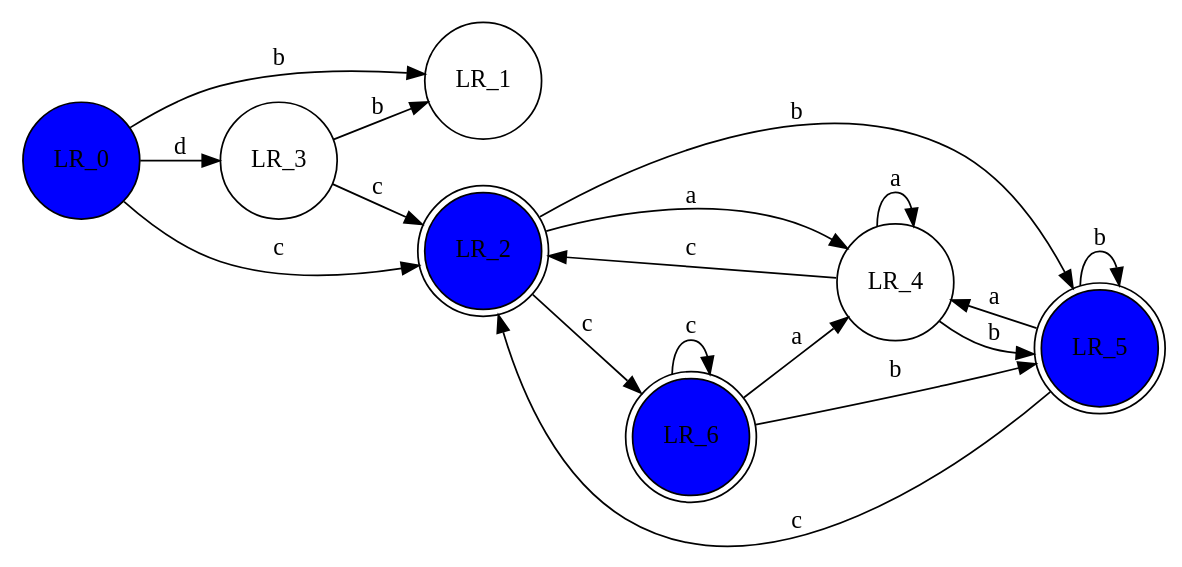
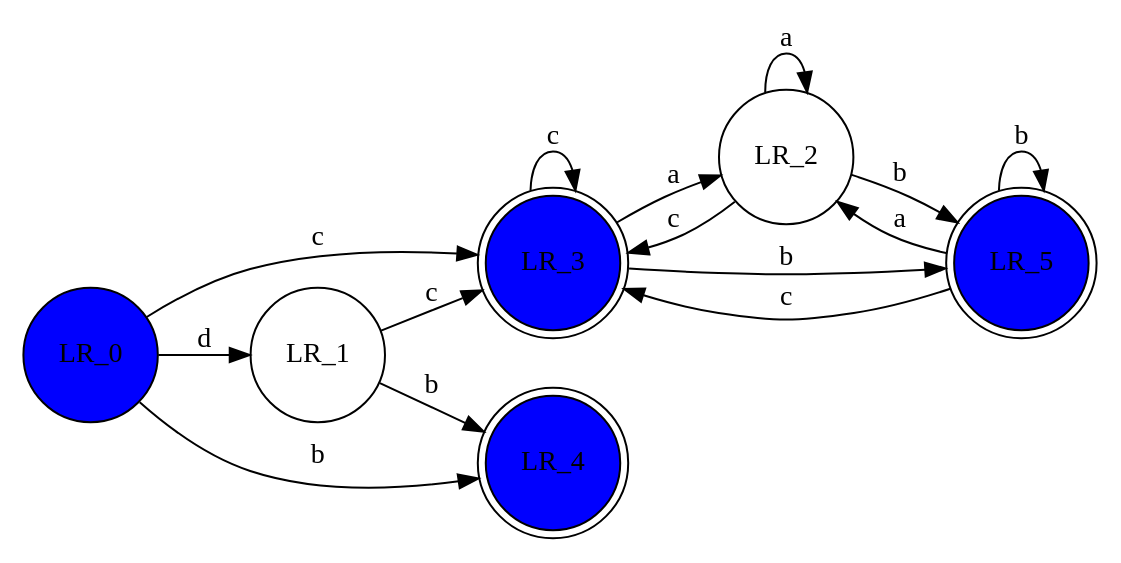
One commit to whtoo/regex changed the first of 2 diagrams in design/0x03自动机理论准备.md. Above: the diagram before and after it, drawn with Graphviz. The commit also changed other lines of this file, not shown here.

Commit message:
1. 更新自动机理论准备最后一篇

````diff
--- a/design/0x03自动机理论准备.md
+++ b/design/0x03自动机理论准备.md
@@ -34,29 +34,26 @@
 ```graphviz
 digraph G {
 rankdir = LR;
 size = "8,5";
 node [shape=circle];
 LR_0 [style=filled,fillcolor = blue]
-LR_0 -> LR_1 [label="b"];
-LR_0 -> LR_2 [label="c"];
-LR_0 -> LR_3 [label="d"];
-LR_2 [shape=doublecircle,style=filled,fillcolor = blue];
-LR_2 -> LR_4 [label="a"];
+LR_0 -> LR_1 [label="d"];
+LR_0 -> LR_3 [label="c"];
+LR_0 -> LR_4 [label="b"];
+LR_1 -> LR_3 [label="c"];
+LR_1 -> LR_4 [label="b"];
+LR_3 [shape=doublecircle,style=filled,fillcolor = blue];
+LR_3 -> LR_3 [label="c"];
+LR_3 -> LR_2 [label="a"];
+LR_3 -> LR_5 [label="b"];
+LR_4 [shape=doublecircle,style=filled,fillcolor = blue];
+LR_2 -> LR_3 [label="c"];
+LR_2 -> LR_2 [label="a"];
 LR_2 -> LR_5 [label="b"];
-LR_2 -> LR_6 [label="c"];
-LR_3 -> LR_1 [label="b"];
-LR_3 -> LR_2 [label="c"];
-LR_4 -> LR_4 [label="a"];
-LR_4 -> LR_5 [label="b"];
-LR_4 -> LR_2 [label="c"];
 LR_5 [shape=doublecircle,style=filled,fillcolor = blue];
-LR_5 -> LR_4 [label="a"];
+LR_5 -> LR_3 [label="c"];
+LR_5 -> LR_2 [label="a"];
 LR_5 -> LR_5 [label="b"];
-LR_5 -> LR_2 [label="c"];
-LR_6 [shape=doublecircle,style=filled,fillcolor = blue];
-LR_6 -> LR_4 [label="a"];
-LR_6 -> LR_5 [label="b"];
-LR_6 -> LR_6 [label="c"];
 
 }
 ```
````
